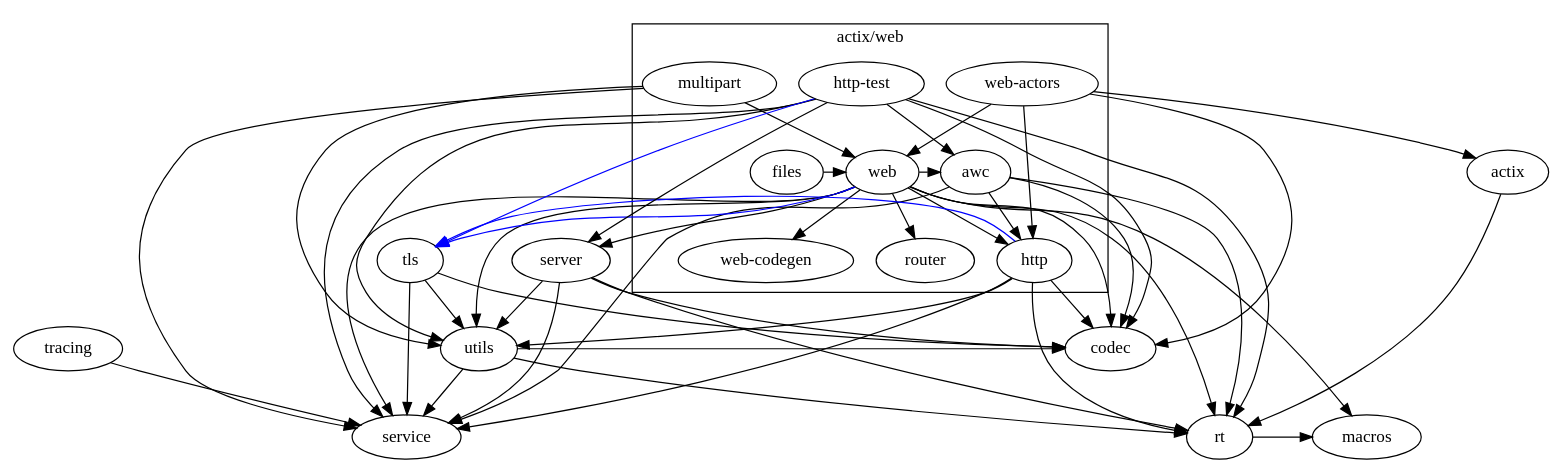
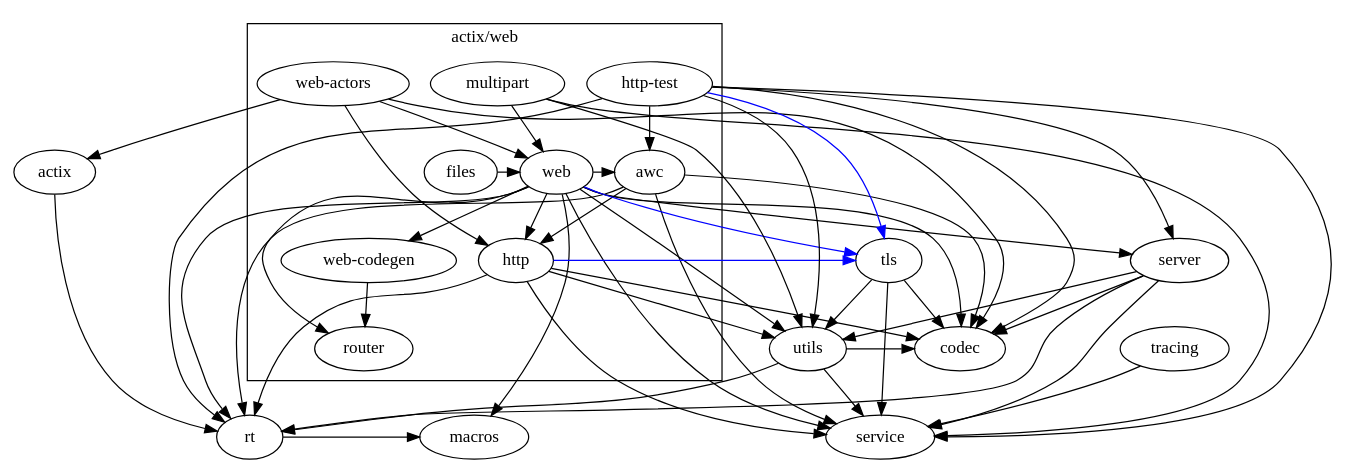
The diagram in docs/graphs/web-focus.dot (Cherry-Pooh/actix-web), drawn with Graphviz before and after one commit. The commit also changed 2 other files, not shown here.

Commit message:
update dep graphs

```diff
--- a/docs/graphs/web-focus.dot
+++ b/docs/graphs/web-focus.dot
@@ -1,45 +1,46 @@
 digraph {
     subgraph cluster_web {
         label="actix/web"
 
         "awc"
         "web"
         "files"
         "http"
         "multipart"
         "web-actors"
         "web-codegen"
         "http-test"
         "router"
 
         { rank=same; "multipart" "web-actors" "http-test" };
         { rank=same; "files" "awc" "web" };
         { rank=same; "web-codegen" "http" };
     }
 
     "web" -> { "codec" "service" "utils" "router" "rt" "server" "macros" "web-codegen" "http" "awc" }
     "web" -> { "tls" }[color=blue] // optional
+    "web-codegen" -> { "router" }
     "awc" -> { "codec" "service" "http" "rt" }
     "web-actors" -> { "actix" "web" "http" "codec" }
     "multipart" -> { "web" "service" "utils" }
     "http" -> { "service" "codec" "utils" "rt" }
     "http" -> { "tls" }[color=blue] // optional
     "files" -> { "web" }
     "http-test" -> { "service" "codec" "utils" "rt" "server" "awc" }
     "http-test" -> { "tls" }[color=blue] // optional
 
     // net
 
     "utils" -> { "service" "rt" "codec" }
     "tracing" -> { "service" }
     "tls" -> { "service" "codec" "utils" }
     "server" -> { "service" "rt" "codec" "utils" }
     "rt" -> { "macros" }
 
     { rank=same; "utils" "codec" };
     { rank=same; "rt" "macros" "service" };
 
     // actix
 
     "actix" -> { "rt" }
 }
```
